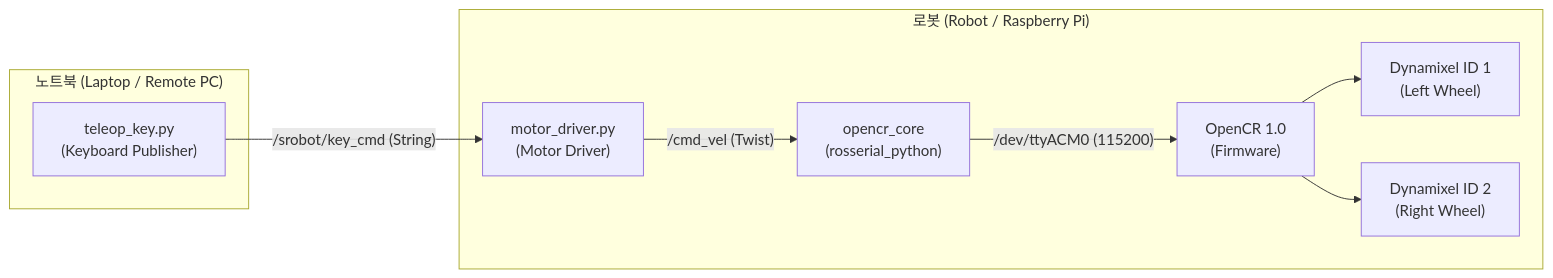
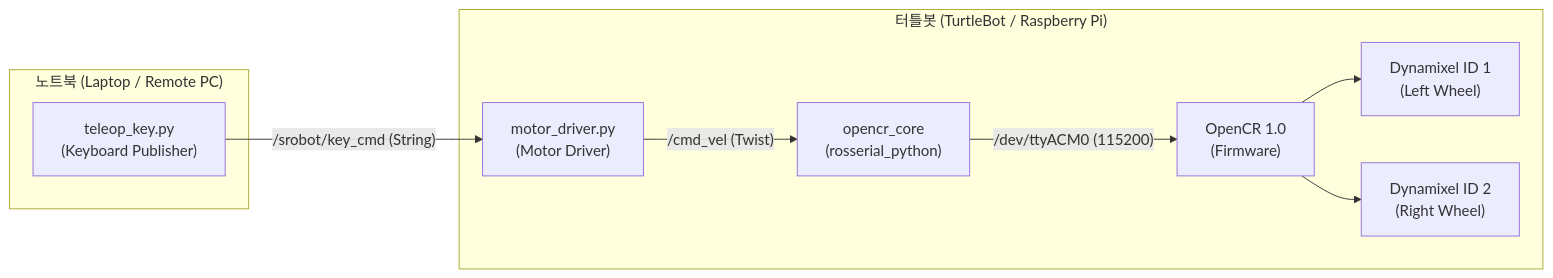
Before and after one commit to seongjun-k/srobot: the diagram in README.md, drawn with Mermaid. The commit also changed other lines of this file and 2 other files, not shown here.

Commit message:
docs: clarify robot platform as TurtleBot throughout documentation

````diff
--- a/README.md
+++ b/README.md
@@ -42,20 +42,20 @@
 ```mermaid
 flowchart LR
     subgraph Laptop ["노트북 (Laptop / Remote PC)"]
         Teleop["teleop_key.py\n(Keyboard Publisher)"]
     end
 
-    subgraph Robot ["로봇 (Robot / Raspberry Pi)"]
+    subgraph Robot ["터틀봇 (TurtleBot / Raspberry Pi)"]
         Driver["motor_driver.py\n(Motor Driver)"]
         OpenCR_Node["opencr_core\n(rosserial_python)"]
         OpenCR_Board["OpenCR 1.0\n(Firmware)"]
         Dxl1["Dynamixel ID 1\n(Left Wheel)"]
         Dxl2["Dynamixel ID 2\n(Right Wheel)"]
     end
 
     Teleop -->|"/srobot/key_cmd (String)"| Driver
     Driver -->|"/cmd_vel (Twist)"| OpenCR_Node
     OpenCR_Node -->|"/dev/ttyACM0 (115200)"| OpenCR_Board
     OpenCR_Board --> Dxl1
     OpenCR_Board --> Dxl2
 ```
````
